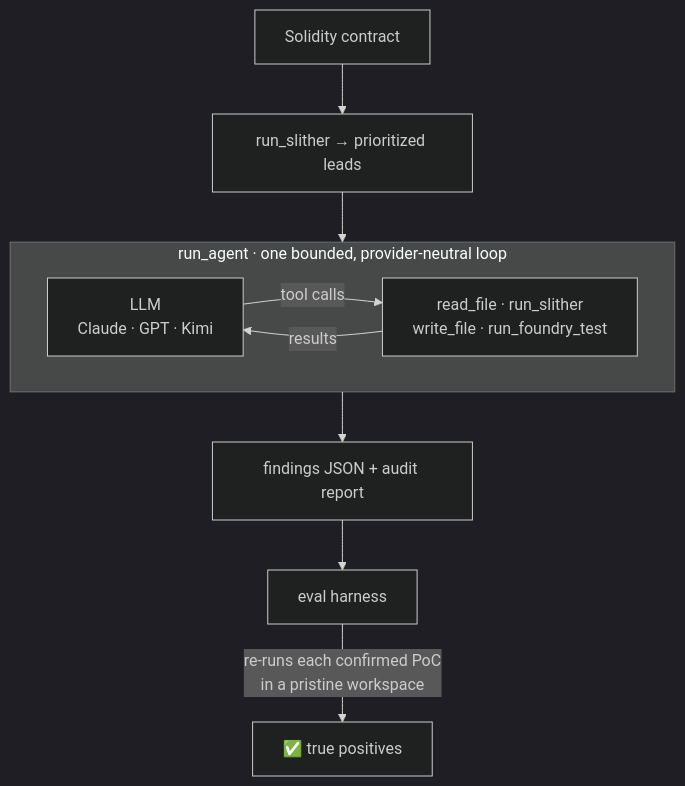
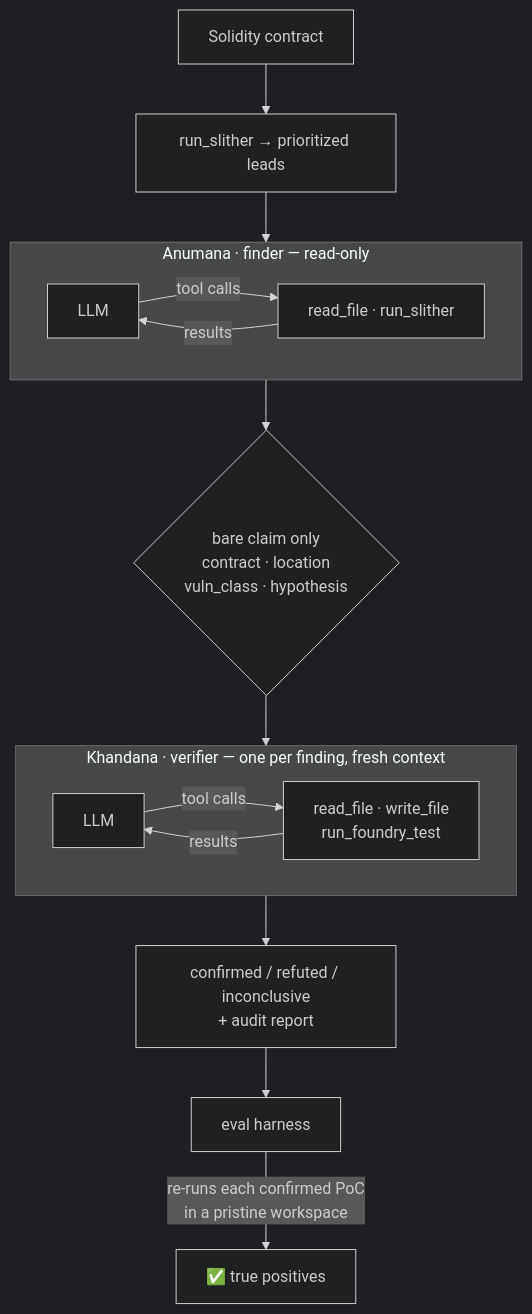
One commit to divyangchauhan/Pramana changed the diagram in README.md. Above: the diagram before and after it, drawn with Mermaid (dark theme). The commit also changed other lines of this file, not shown here.

First line of the commit message:
docs: README for the two-agent pipeline

````diff
--- a/README.md
+++ b/README.md
@@ -63,15 +83,24 @@
 ```mermaid
 flowchart TD
     C["Solidity contract"] --> SL["run_slither → prioritized leads"]
-    SL --> AG
+    SL --> F
 
-    subgraph AG["run_agent · one bounded, provider-neutral loop"]
+    subgraph F["Anumana · finder — read-only"]
       direction LR
-      LLM["LLM<br/>Claude · GPT · Kimi"] -->|"tool calls"| T["read_file · run_slither<br/>write_file · run_foundry_test"]
-      T -->|"results"| LLM
+      FL["LLM"] -->|"tool calls"| FT["read_file · run_slither"]
+      FT -->|"results"| FL
     end
 
-    AG --> OUT["findings JSON + audit report"]
+    F --> CLAIM{"bare claim only<br/>contract · location<br/>vuln_class · hypothesis"}
+
+    subgraph V["Khandana · verifier — one per finding, fresh context"]
+      direction LR
+      VL["LLM"] -->|"tool calls"| VT["read_file · write_file<br/>run_foundry_test"]
+      VT -->|"results"| VL
+    end
+
+    CLAIM --> V
+    V --> OUT["confirmed / refuted / inconclusive<br/>+ audit report"]
     OUT --> EV["eval harness"]
     EV -->|"re-runs each confirmed PoC<br/>in a pristine workspace"| TP["✅ true positives"]
 ```
````
